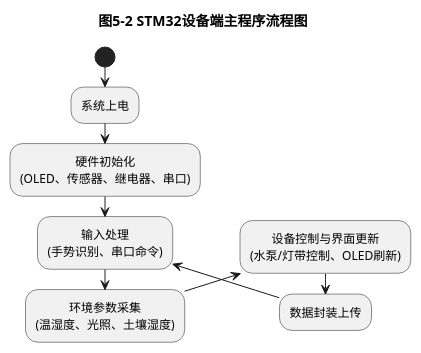
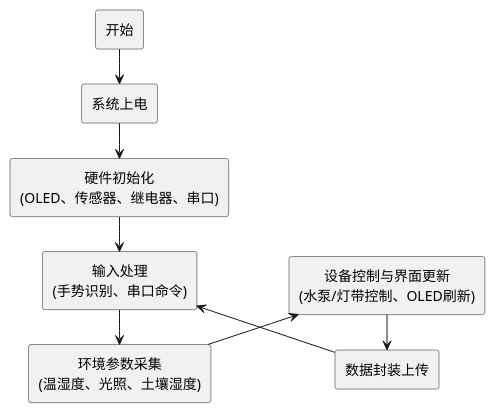
One commit to TSK-io/lunwen changed the diagram in 图 5-1 STM32 设备端主程序流程图.puml. Above: the diagram before and after it, drawn with PlantUML. The commit also changed 5 other files, not shown here.

```diff
--- a/图 5-1 STM32 设备端主程序流程图.puml
+++ b/图 5-1 STM32 设备端主程序流程图.puml
@@ -1,19 +1,25 @@
 @startuml
 left to right direction
-
-title 图5-2 STM32设备端主程序流程图
 
 skinparam monochrome true
 skinparam shadowing false
 skinparam defaultTextAlignment center
 skinparam defaultFontName Microsoft YaHei
 
-(*) -right-> "系统上电"
--right-> "硬件初始化\n(OLED、传感器、继电器、串口)"
--right-> "输入处理\n(手势识别、串口命令)" as A
--right-> "环境参数采集\n(温湿度、光照、土壤湿度)"
--right-> "设备控制与界面更新\n(水泵/灯带控制、OLED刷新)"
--right-> "数据封装上传"
--down-> A
+rectangle "开始" as S
+rectangle "系统上电" as P1
+rectangle "硬件初始化\n(OLED、传感器、继电器、串口)" as P2
+rectangle "输入处理\n(手势识别、串口命令)" as A
+rectangle "环境参数采集\n(温湿度、光照、土壤湿度)" as P4
+rectangle "设备控制与界面更新\n(水泵/灯带控制、OLED刷新)" as P5
+rectangle "数据封装上传" as P6
+
+S -right-> P1
+P1 -right-> P2
+P2 -right-> A
+A -right-> P4
+P4 -right-> P5
+P5 -right-> P6
+P6 -down-> A
 
 @enduml
```
